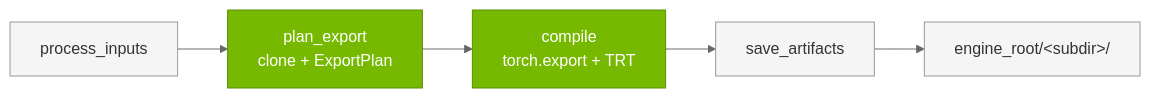
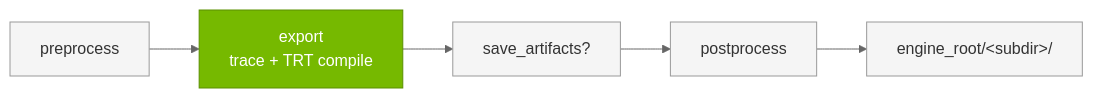
The second of 2 diagrams in docs/source/developer_guide/architecture/export-pipeline.rst (micwill755/TRT-VLA-Lowering), drawn with Mermaid before and after one commit. The commit also changed other lines of this file and 98 other files, not shown here.

```diff
--- a/docs/source/developer_guide/architecture/export-pipeline.rst
+++ b/docs/source/developer_guide/architecture/export-pipeline.rst
@@ -35,17 +39,17 @@
 .. mermaid::
 
    %%{init: {'theme':'neutral', 'themeVariables': {'primaryColor':'#76B900','primaryTextColor':'#fff','primaryBorderColor':'#5a8f00','lineColor':'#666','edgeLabelBackground':'#ffffff','labelTextColor':'#000','clusterBkg':'#ffffff','clusterBorder':'#999'}}}%%
    graph LR
-       GLUE[process_inputs]
-       PLAN[plan_export<br/>clone + ExportPlan]
-       COMPILE[compile<br/>torch.export + TRT]
-       SAVE[save_artifacts]
+       PRE[preprocess]
+       EXP[export<br/>trace + TRT compile]
+       SAVE[save_artifacts?]
+       POST[postprocess]
        OUT["engine_root/&lt;subdir&gt;/"]
 
-       GLUE --> PLAN --> COMPILE --> SAVE --> OUT
+       PRE --> EXP --> SAVE --> POST --> OUT
 
        classDef nvNode fill:#76B900,stroke:#5a8f00,stroke-width:1px,color:#fff
        classDef greyNode fill:#f5f5f5,stroke:#999,stroke-width:1px,color:#333
 
-       class PLAN,COMPILE nvNode
-       class GLUE,SAVE,OUT greyNode
+       class EXP nvNode
+       class PRE,SAVE,POST,OUT greyNode
```
